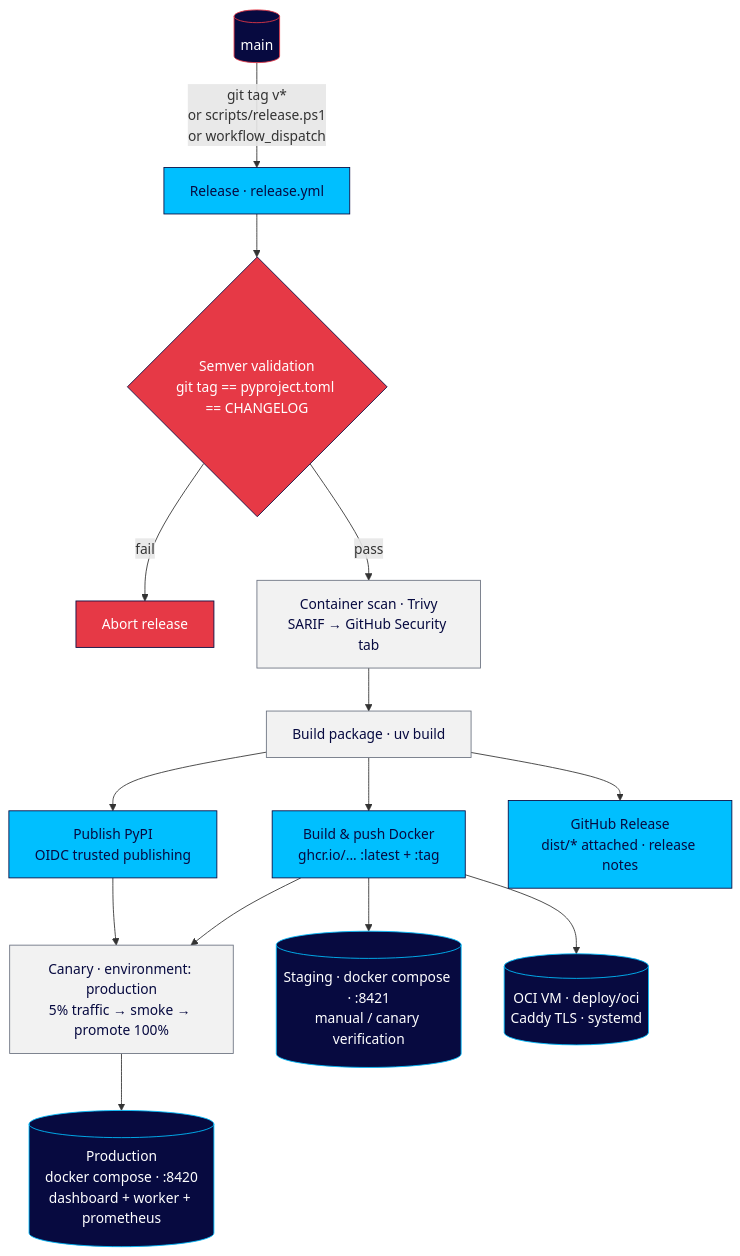
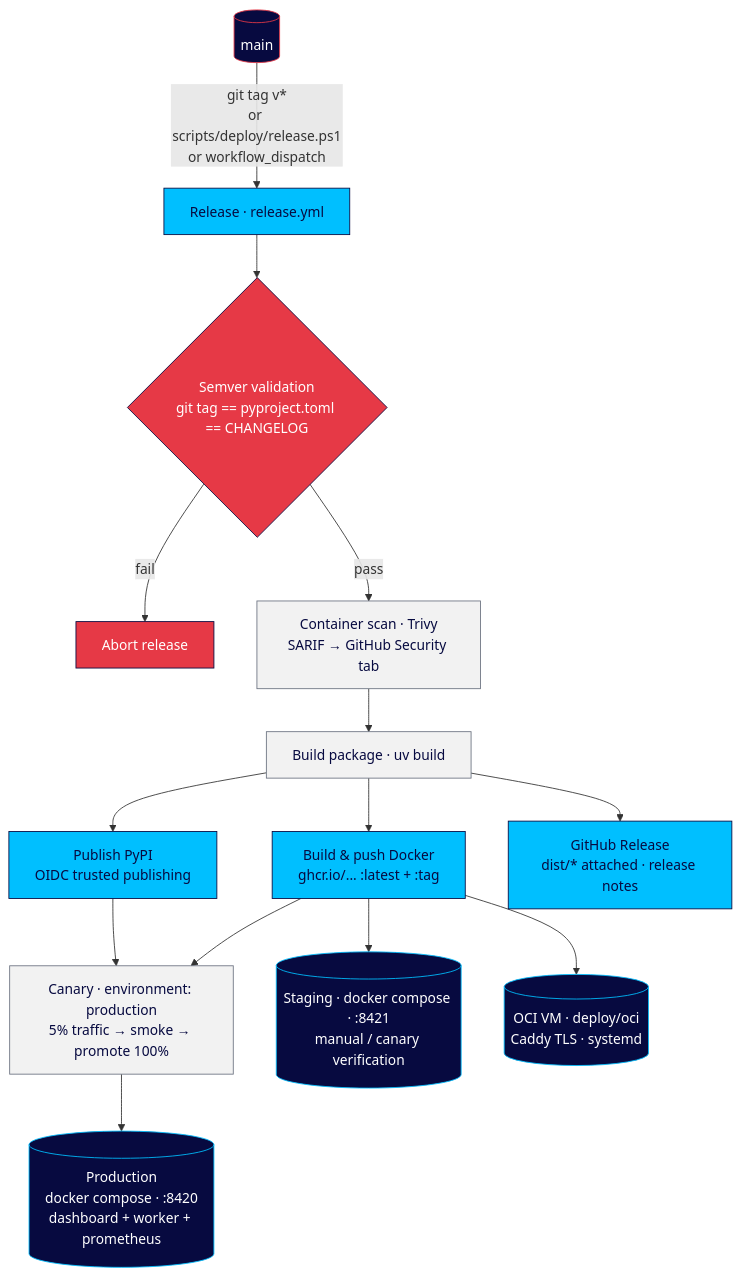
The diagram in docs/diagrams/cicd-release.mmd (jmlusu/light-speed-holdings), drawn with Mermaid before and after one commit. The commit also changed 108 other files, not shown here.

```diff
--- a/docs/diagrams/cicd-release.mmd
+++ b/docs/diagrams/cicd-release.mmd
@@ -1,20 +1,20 @@
 flowchart TD
     classDef main fill:#070A40,stroke:#E63946,color:#fff
     classDef job fill:#F2F2F2,stroke:#6B7280,color:#070A40
     classDef acc fill:#00BFFF,stroke:#070A40,color:#070A40
     classDef tgt fill:#070A40,stroke:#00BFFF,color:#fff
     classDef stop fill:#E63946,stroke:#070A40,color:#fff
 
-    M[(main)]:::main -->|"git tag v*<br/>or scripts/release.ps1<br/>or workflow_dispatch"| R["Release · release.yml"]:::acc
+    M[(main)]:::main -->|"git tag v*<br/>or scripts/deploy/release.ps1<br/>or workflow_dispatch"| R["Release · release.yml"]:::acc
     R --> VC{"Semver validation<br/>git tag == pyproject.toml == CHANGELOG"}:::stop
     VC -->|fail| ABORT["Abort release"]:::stop
     VC -->|pass| TRIVY["Container scan · Trivy<br/>SARIF → GitHub Security tab"]:::job
     TRIVY --> B["Build package · uv build"]:::job
     B --> P["Publish PyPI<br/>OIDC trusted publishing"]:::acc
     B --> D["Build & push Docker<br/>ghcr.io/... :latest + :tag"]:::acc
     B --> G["GitHub Release<br/>dist/* attached · release notes"]:::acc
     D --> CAN["Canary · environment: production<br/>5% traffic → smoke → promote 100%"]:::job
     P --> CAN
     CAN --> INFRA[("Production<br/>docker compose · :8420<br/>dashboard + worker + prometheus")]:::tgt
     D --> STAGE[("Staging · docker compose · :8421<br/>manual / canary verification")]:::tgt
     D --> OCI[("OCI VM · deploy/oci<br/>Caddy TLS · systemd")]:::tgt
```
